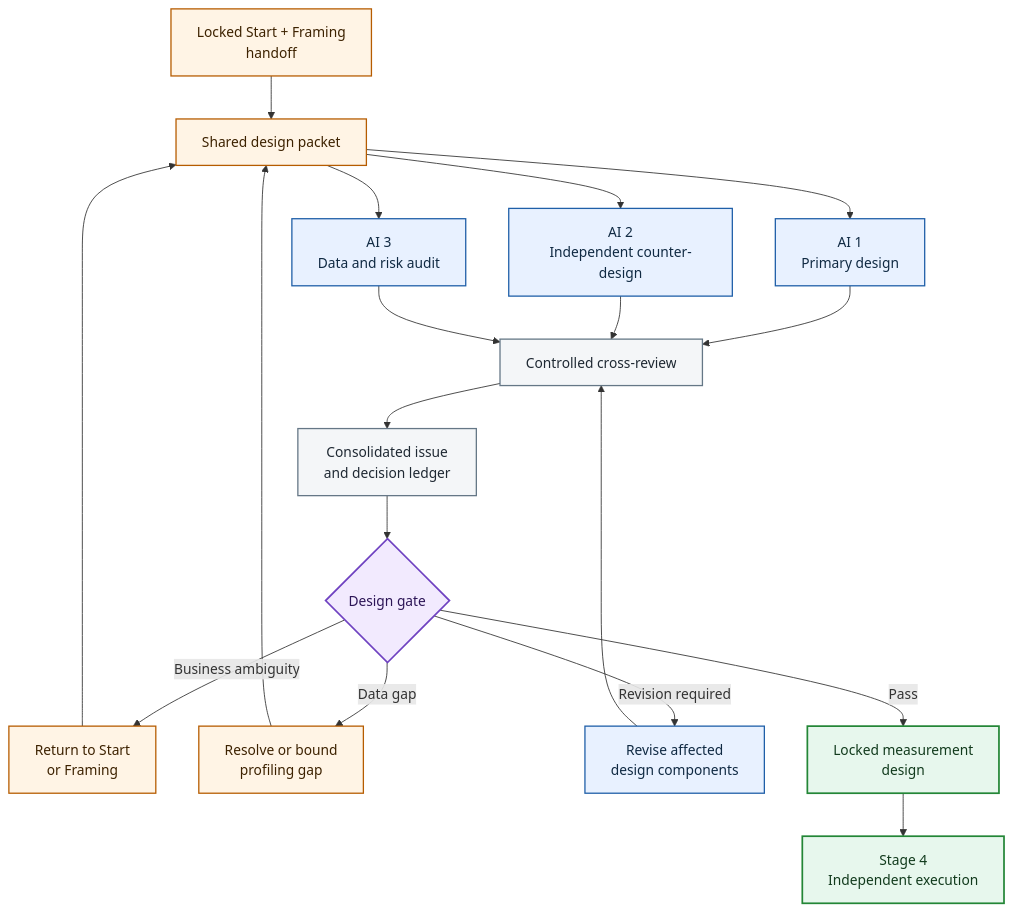
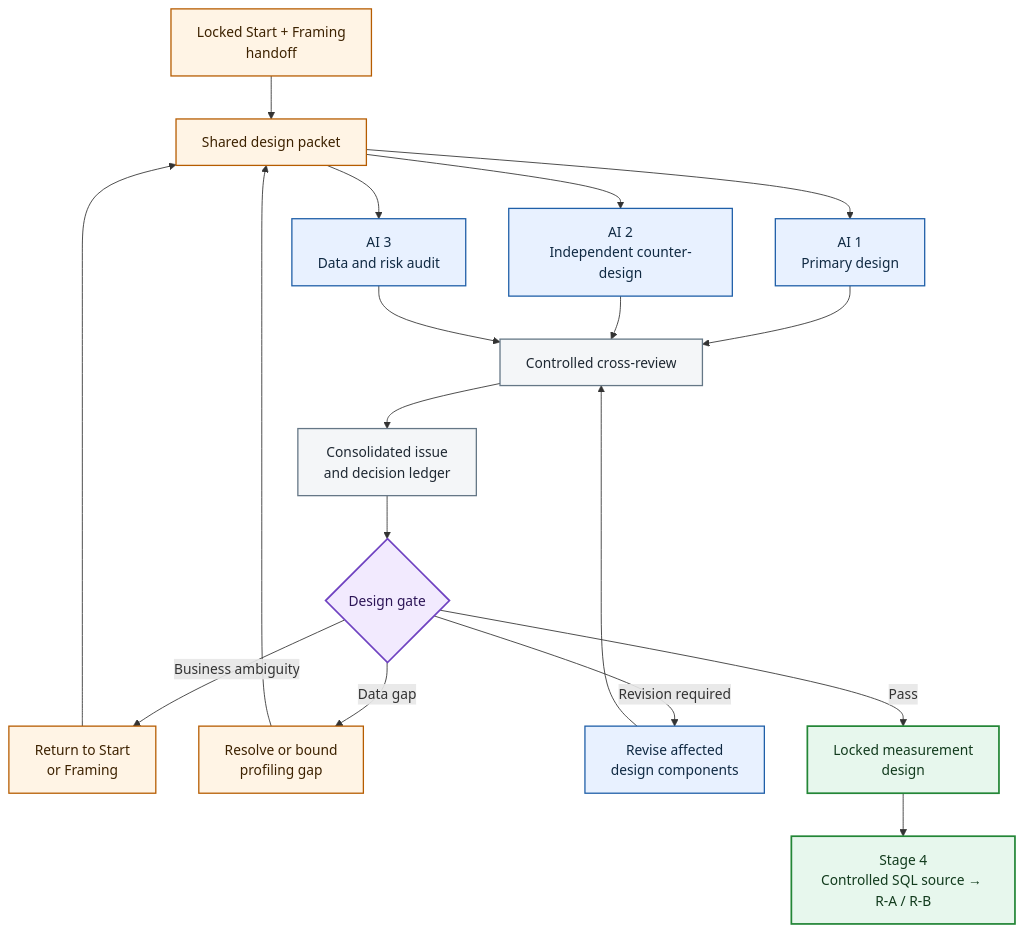
Before and after one commit to markjamesc/ai-augmented-analyst-workflow: the first of 2 diagrams in docs/three-ai-measurement-design-framework.md, drawn with Mermaid. The commit also changed other lines of this file, not shown here.

Commit message:
Align Stage 3 handoff with controlled SQL source and dual-R Stage 4 architecture

````diff
--- a/docs/three-ai-measurement-design-framework.md
+++ b/docs/three-ai-measurement-design-framework.md
@@ -30,40 +30,40 @@
 ```mermaid
 flowchart TD
     H["Locked Start + Framing<br/>handoff"] --> P["Shared design packet"]
 
     P --> A1["AI 1<br/>Primary design"]
     P --> A2["AI 2<br/>Independent counter-design"]
     P --> A3["AI 3<br/>Data and risk audit"]
 
     A1 --> X["Controlled cross-review"]
     A2 --> X
     A3 --> X
 
     X --> I["Consolidated issue<br/>and decision ledger"]
     I --> G{"Design gate"}
 
     G -->|"Business ambiguity"| SF["Return to Start<br/>or Framing"]
     SF --> P
 
     G -->|"Data gap"| DP["Resolve or bound<br/>profiling gap"]
     DP --> P
 
     G -->|"Revision required"| R["Revise affected<br/>design components"]
     R --> X
 
     G -->|"Pass"| L["Locked measurement<br/>design"]
-    L --> E["Stage 4<br/>Independent execution"]
+    L --> E["Stage 4<br/>Controlled SQL source → R-A / R-B"]
 
     classDef input fill:#fff4e5,stroke:#b65c00,color:#3d2200,stroke-width:1.5px
     classDef ai fill:#e8f1ff,stroke:#1f5fa8,color:#102a43,stroke-width:1.5px
     classDef record fill:#f4f6f8,stroke:#657786,color:#1f2933,stroke-width:1.5px
     classDef gate fill:#f2eafe,stroke:#6f42c1,color:#2d1657,stroke-width:2px
     classDef output fill:#e7f7ed,stroke:#238636,color:#123b1d,stroke-width:2px
 
     class H,P input
     class A1,A2,A3,R ai
     class X,I record
     class G gate
     class L,E output
     class SF,DP input
 ```
````
